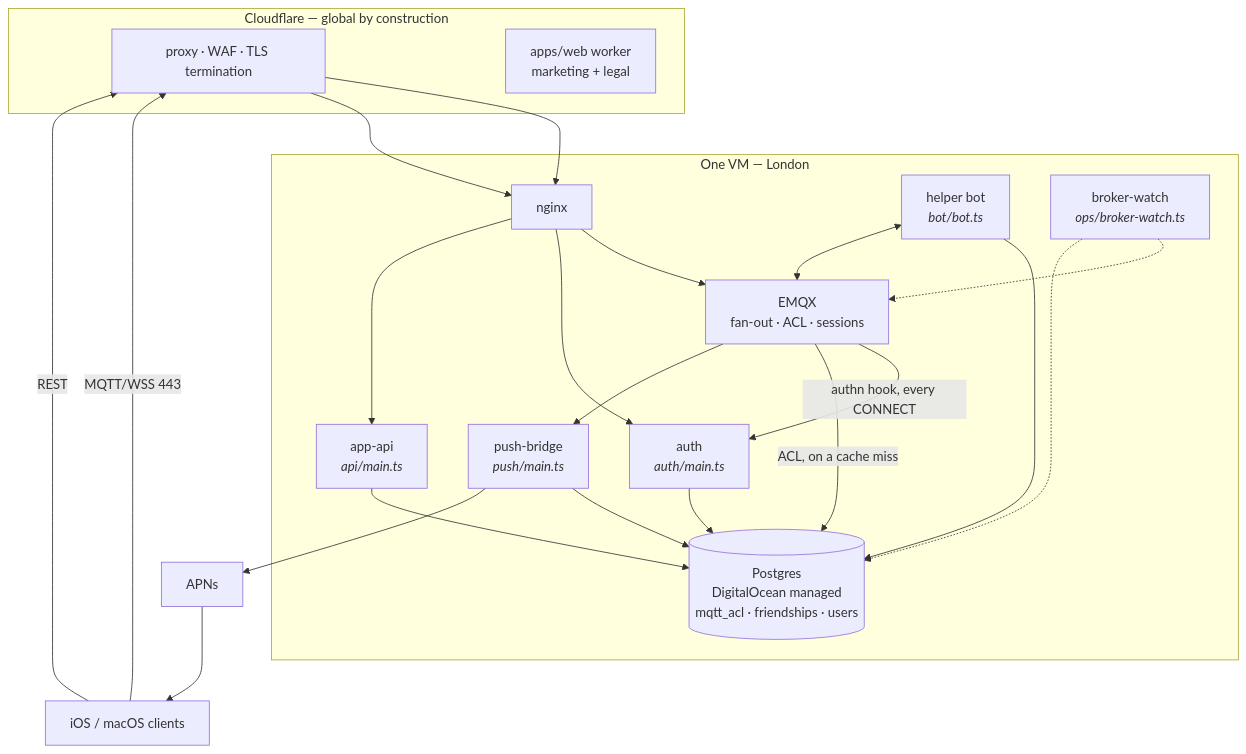
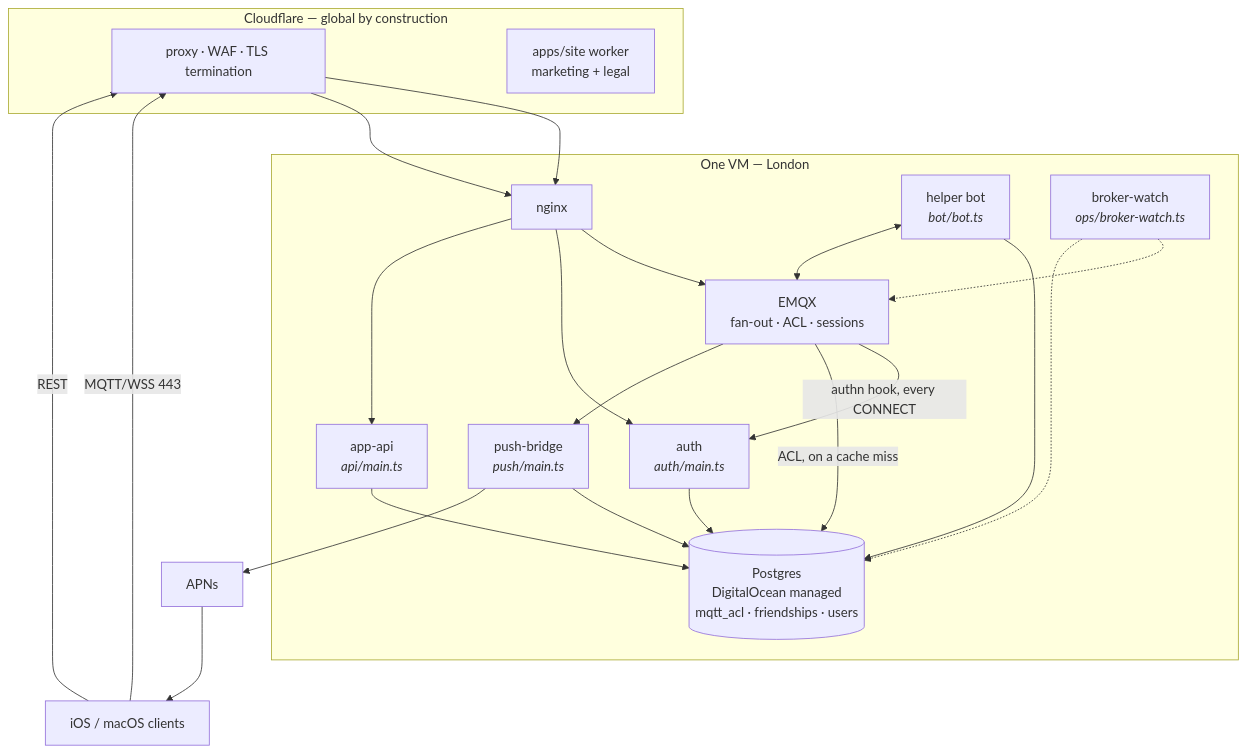
The first of 2 diagrams in docs/architecture/components-regions.md (MartinRougeron2/HQChat-Server), drawn with Mermaid before and after one commit. The commit also changed other lines of this file and 95 other files, not shown here.

````diff
--- a/docs/architecture/components-regions.md
+++ b/docs/architecture/components-regions.md
@@ -13,31 +13,31 @@
 ```mermaid
 flowchart TB
     subgraph edge["Cloudflare — global by construction"]
         CF[proxy · WAF · TLS termination]
-        WEB[apps/web worker<br/>marketing + legal]
+        WEB[apps/site worker<br/>marketing + legal]
     end
 
     iOS[iOS / macOS clients]
 
     subgraph vm["One VM — London"]
         NG[nginx]
         AUTH["auth<br/><i>auth/main.ts</i>"]
         API["app-api<br/><i>api/main.ts</i>"]
         EMQX["EMQX<br/>fan-out · ACL · sessions"]
         PB["push-bridge<br/><i>push/main.ts</i>"]
         BOT["helper bot<br/><i>bot/bot.ts</i>"]
         OPS["broker-watch<br/><i>ops/broker-watch.ts</i>"]
         PG[("Postgres<br/>DigitalOcean managed<br/>mqtt_acl · friendships · users")]
     end
 
     APNS[APNs]
 
     iOS -->|MQTT/WSS 443| CF --> NG --> EMQX
     iOS -->|REST| CF --> NG --> AUTH & API
     EMQX -->|authn hook, every CONNECT| AUTH
     EMQX -->|ACL, on a cache miss| PG
     AUTH & API & PB & BOT --> PG
     EMQX --> PB --> APNS --> iOS
     BOT <--> EMQX
     OPS -.-> EMQX & PG
 ```
````
